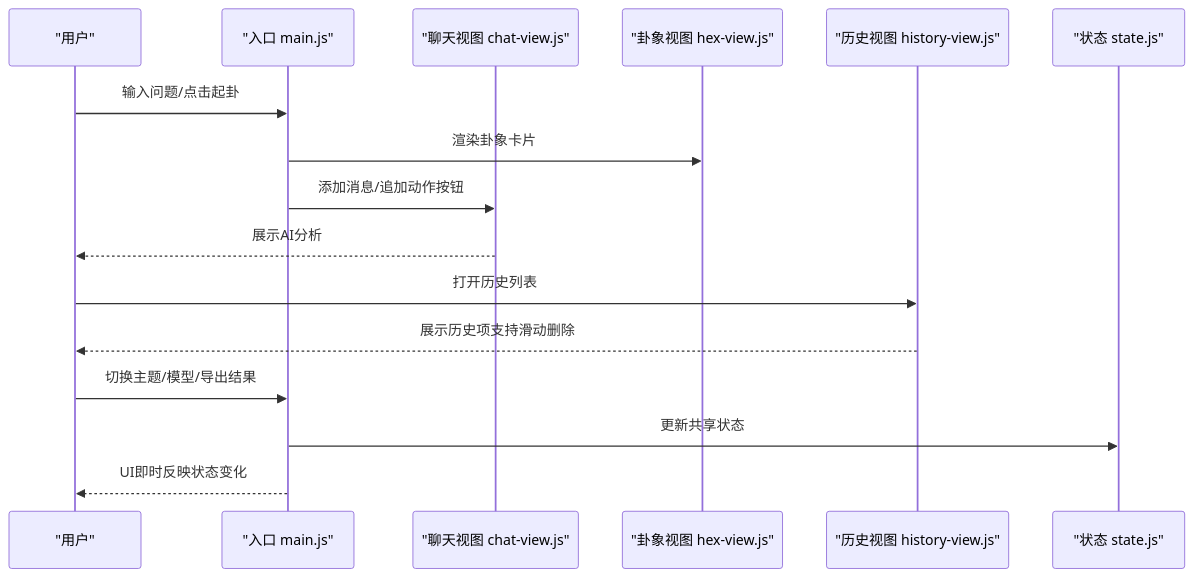
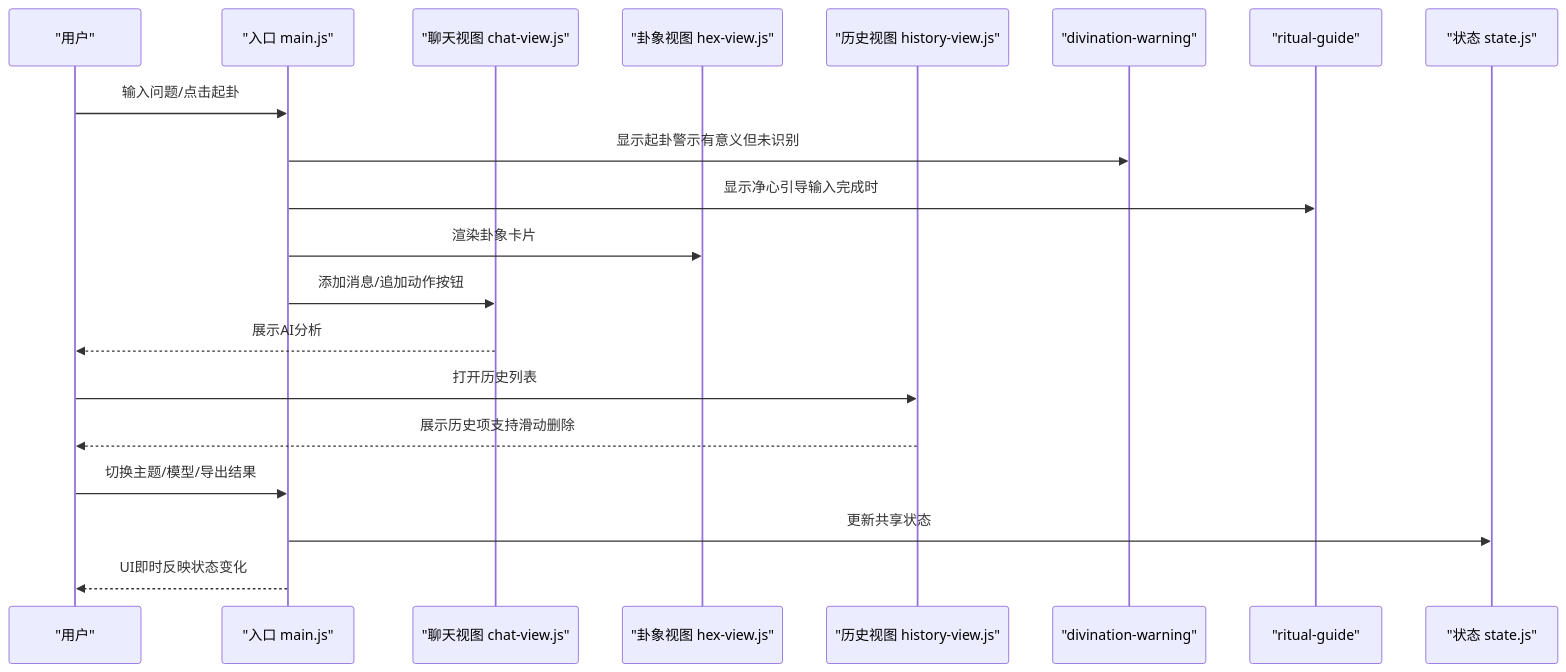
Before and after one commit to ghg618-ui/meihuayili-3.8: the second of 8 diagrams in .qoder/repowiki/zh/content/用户界面/用户界面.md, drawn with Mermaid. The commit also changed other lines of this file and 6 other files, not shown here.

````diff
--- a/.qoder/repowiki/zh/content/用户界面/用户界面.md
+++ b/.qoder/repowiki/zh/content/用户界面/用户界面.md
@@ -94,18 +109,22 @@
 ```mermaid
 sequenceDiagram
 participant U as "用户"
 participant M as "入口 main.js"
 participant C as "聊天视图 chat-view.js"
 participant H as "卦象视图 hex-view.js"
 participant R as "历史视图 history-view.js"
+participant W as "divination-warning"
+participant G as "ritual-guide"
 participant S as "状态 state.js"
 U->>M : 输入问题/点击起卦
+M->>W : 显示起卦警示有意义但未识别
+M->>G : 显示净心引导输入完成时
 M->>H : 渲染卦象卡片
 M->>C : 添加消息/追加动作按钮
 C-->>U : 展示AI分析
 U->>R : 打开历史列表
 R-->>U : 展示历史项支持滑动删除
 U->>M : 切换主题/模型/导出结果
 M->>S : 更新共享状态
 M-->>U : UI即时反映状态变化
 ```
````
